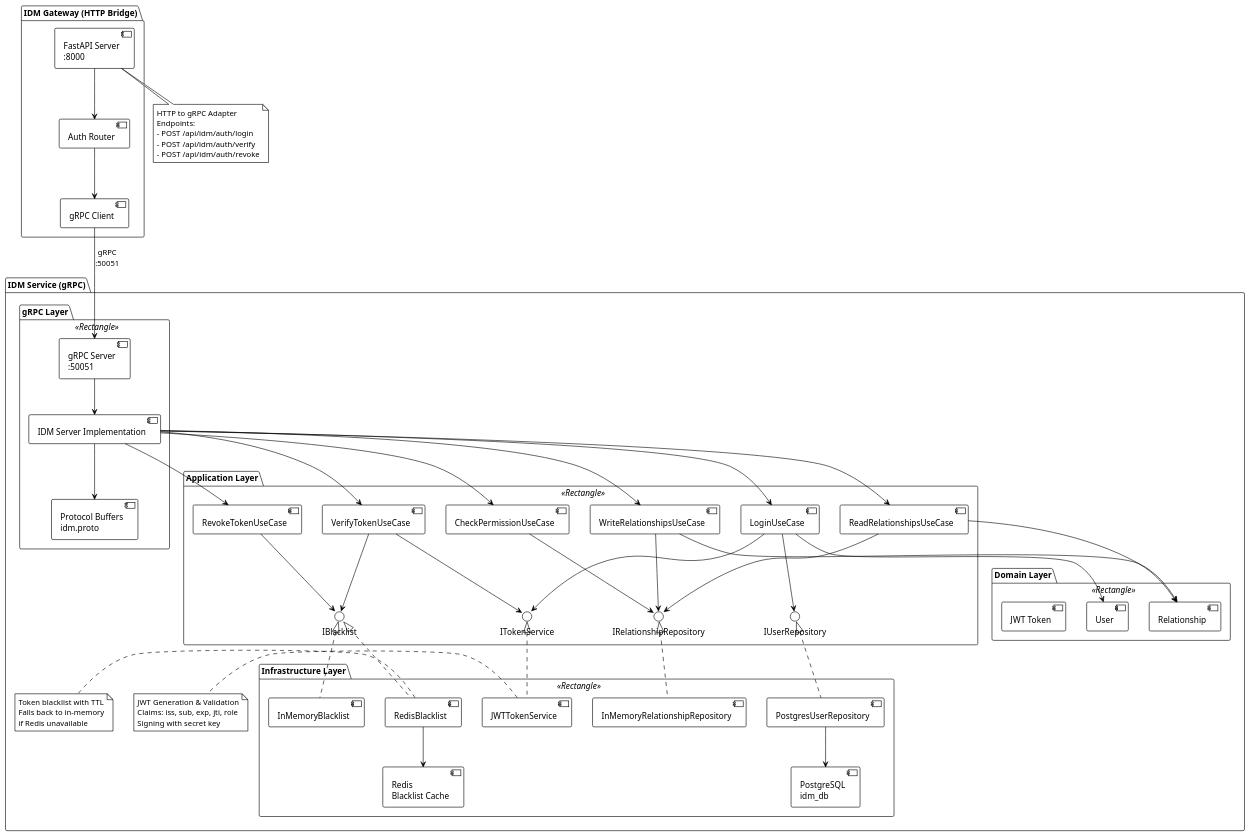
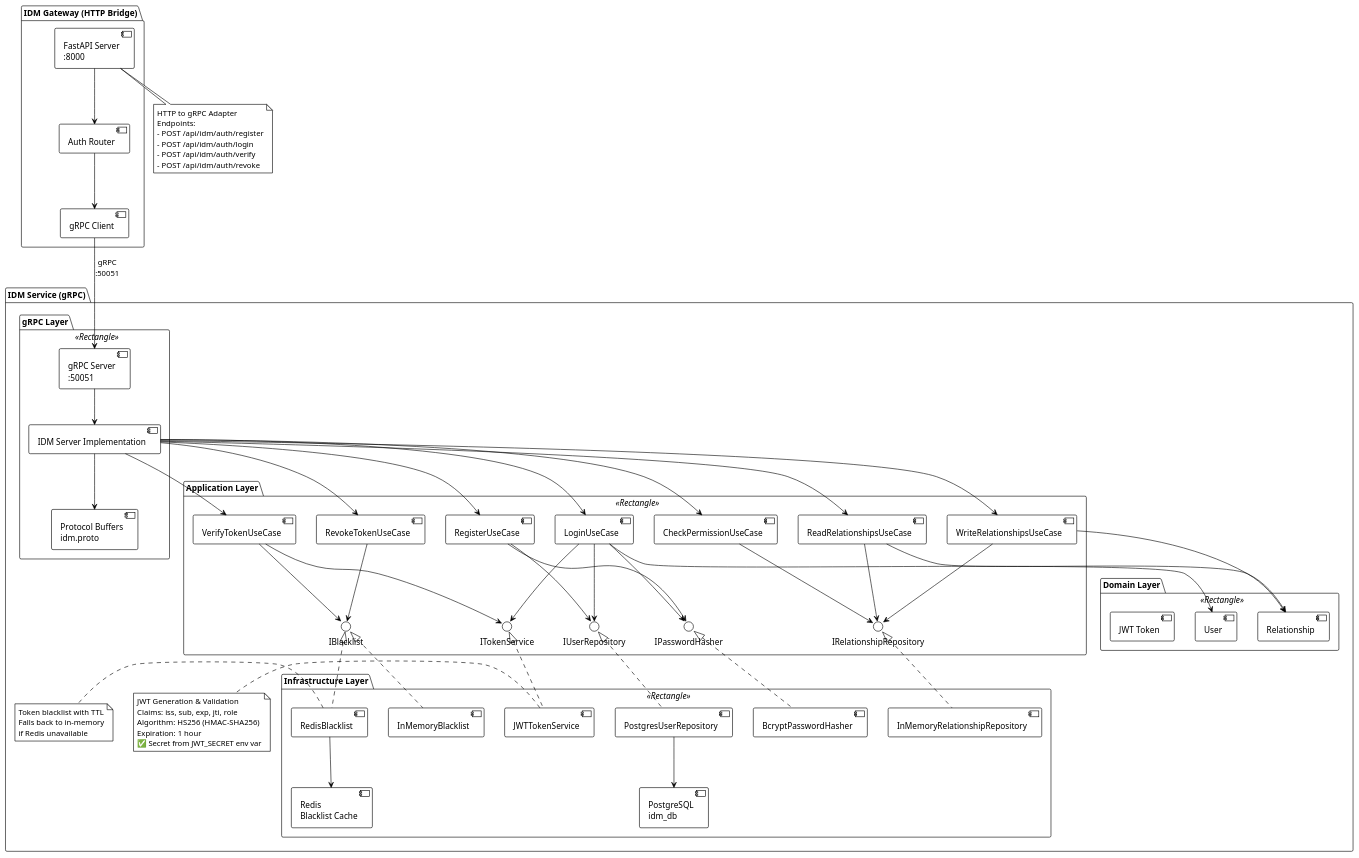
One commit to alexandru-vezeteu/demo-go-webservices changed the diagram in diagrams/07-idm-service-components.puml. Above: the diagram before and after it, drawn with PlantUML. The commit also changed 44 other files, not shown here.

```diff
--- a/diagrams/07-idm-service-components.puml
+++ b/diagrams/07-idm-service-components.puml
@@ -1,105 +1,116 @@
 @startuml idm_service_components
 !theme plain
 
 package "IDM Service (gRPC)" {
 
     package "gRPC Layer" <<Rectangle>> {
         component [gRPC Server\n:50051] as gRPCServer
         component [IDM Server Implementation] as IDMServer
         component [Protocol Buffers\nidm.proto] as Proto
     }
 
     package "Application Layer" <<Rectangle>> {
+        component [RegisterUseCase] as RegisterUC
         component [LoginUseCase] as LoginUC
         component [VerifyTokenUseCase] as VerifyUC
         component [RevokeTokenUseCase] as RevokeUC
         component [ReadRelationshipsUseCase] as ReadRelUC
         component [WriteRelationshipsUseCase] as WriteRelUC
         component [CheckPermissionUseCase] as CheckPermUC
 
         interface IUserRepository as IUserRepo
         interface IRelationshipRepository as IRelRepo
         interface IBlacklist as IBlacklist
         interface ITokenService as ITokenSvc
+        interface IPasswordHasher as IPassHash
     }
 
     package "Domain Layer" <<Rectangle>> {
         component [User] as User
         component [Relationship] as Relationship
         component [JWT Token] as Token
     }
 
     package "Infrastructure Layer" <<Rectangle>> {
         component [PostgresUserRepository] as UserRepo
         component [InMemoryRelationshipRepository] as RelRepo
         component [RedisBlacklist] as RedisBlacklist
         component [InMemoryBlacklist] as MemBlacklist
         component [JWTTokenService] as TokenService
+        component [BcryptPasswordHasher] as BcryptHasher
         database [PostgreSQL\nidm_db] as PostgresDB
         database [Redis\nBlacklist Cache] as Redis
     }
 
     gRPCServer --> IDMServer
     IDMServer --> Proto
 
+    IDMServer --> RegisterUC
     IDMServer --> LoginUC
     IDMServer --> VerifyUC
     IDMServer --> RevokeUC
     IDMServer --> ReadRelUC
     IDMServer --> WriteRelUC
     IDMServer --> CheckPermUC
 
+    RegisterUC --> IUserRepo
+    RegisterUC --> IPassHash
     LoginUC --> IUserRepo
     LoginUC --> ITokenSvc
+    LoginUC --> IPassHash
     VerifyUC --> ITokenSvc
     VerifyUC --> IBlacklist
     RevokeUC --> IBlacklist
     ReadRelUC --> IRelRepo
     WriteRelUC --> IRelRepo
     CheckPermUC --> IRelRepo
 
     LoginUC --> User
     ReadRelUC --> Relationship
     WriteRelUC --> Relationship
 
     IUserRepo <|.. UserRepo
     IRelRepo <|.. RelRepo
     IBlacklist <|.. RedisBlacklist
     IBlacklist <|.. MemBlacklist
     ITokenSvc <|.. TokenService
+    IPassHash <|.. BcryptHasher
 
     UserRepo --> PostgresDB
     RedisBlacklist --> Redis
 
     note right of TokenService
         JWT Generation & Validation
         Claims: iss, sub, exp, jti, role
-        Signing with secret key
+        Algorithm: HS256 (HMAC-SHA256)
+        Expiration: 1 hour
+        ✅ Secret from JWT_SECRET env var
     end note
 
     note right of RedisBlacklist
         Token blacklist with TTL
         Falls back to in-memory
         if Redis unavailable
     end note
 }
 
 package "IDM Gateway (HTTP Bridge)" {
     component [FastAPI Server\n:8000] as FastAPI
     component [gRPC Client] as gRPCClient
     component [Auth Router] as AuthRouter
 
     FastAPI --> AuthRouter
     AuthRouter --> gRPCClient
     gRPCClient --> gRPCServer : gRPC\n:50051
 }
 
 note bottom of FastAPI
     HTTP to gRPC Adapter
     Endpoints:
+    - POST /api/idm/auth/register
     - POST /api/idm/auth/login
     - POST /api/idm/auth/verify
     - POST /api/idm/auth/revoke
 end note
 
 @enduml
```
